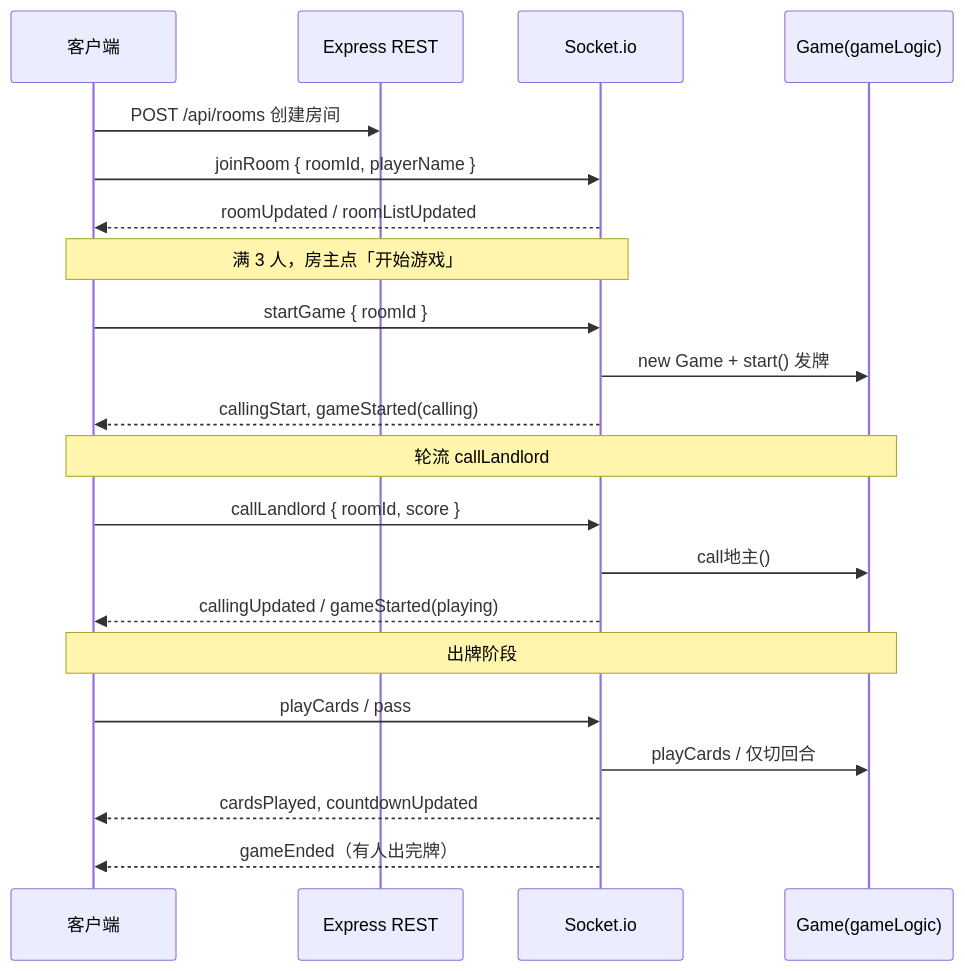
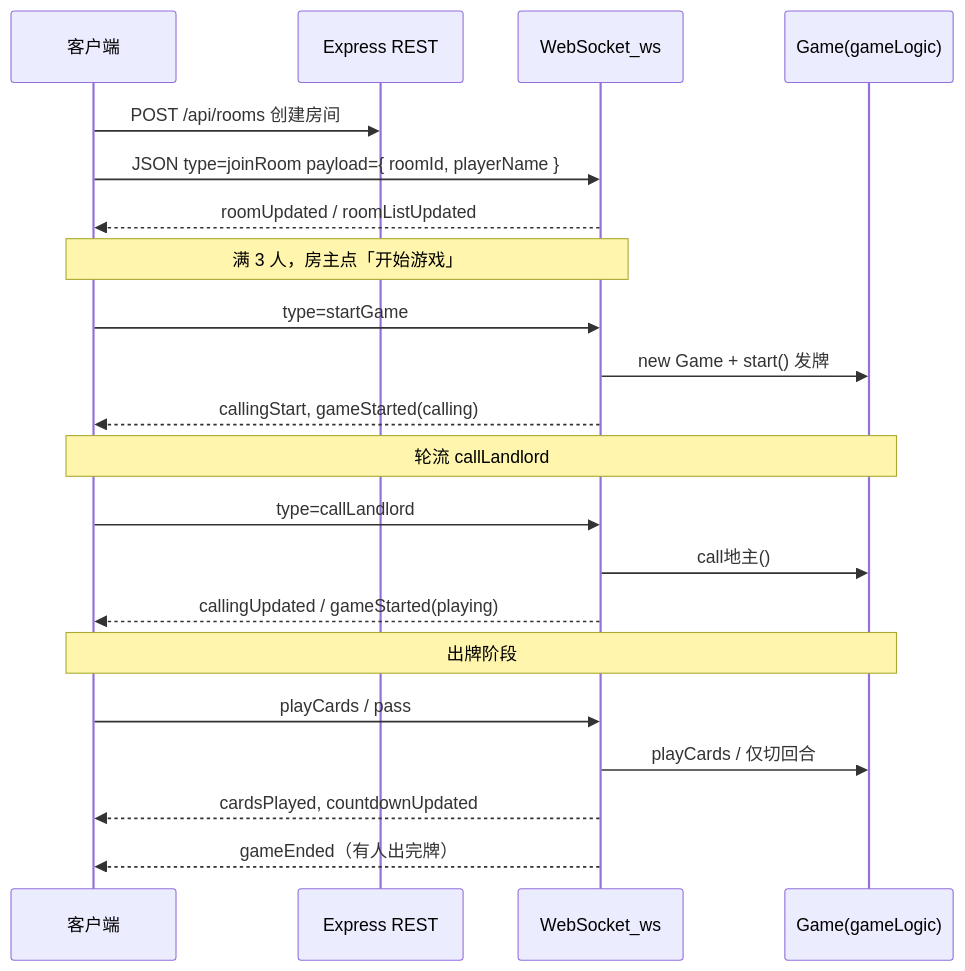
One commit to lijian405/mo-doudizhu-game changed the diagram in doc.md. Above: the diagram before and after it, drawn with Mermaid. The commit also changed other lines of this file and 16 other files, not shown here.

````diff
--- a/doc.md
+++ b/doc.md
@@ -238,24 +238,24 @@
 ```mermaid
 sequenceDiagram
   participant C as 客户端
   participant API as Express REST
-  participant IO as Socket.io
+  participant WSS as WebSocket_ws
   participant G as Game(gameLogic)
 
   C->>API: POST /api/rooms 创建房间
-  C->>IO: joinRoom { roomId, playerName }
-  IO-->>C: roomUpdated / roomListUpdated
-  Note over C,IO: 满 3 人，房主点「开始游戏」
-  C->>IO: startGame { roomId }
-  IO->>G: new Game + start() 发牌
-  IO-->>C: callingStart, gameStarted(calling)
+  C->>WSS: JSON type=joinRoom payload={ roomId, playerName }
+  WSS-->>C: roomUpdated / roomListUpdated
+  Note over C,WSS: 满 3 人，房主点「开始游戏」
+  C->>WSS: type=startGame
+  WSS->>G: new Game + start() 发牌
+  WSS-->>C: callingStart, gameStarted(calling)
   Note over C,G: 轮流 callLandlord
-  C->>IO: callLandlord { roomId, score }
-  IO->>G: call地主()
-  IO-->>C: callingUpdated / gameStarted(playing)
+  C->>WSS: type=callLandlord
+  WSS->>G: call地主()
+  WSS-->>C: callingUpdated / gameStarted(playing)
   Note over C,G: 出牌阶段
-  C->>IO: playCards / pass
-  IO->>G: playCards / 仅切回合
-  IO-->>C: cardsPlayed, countdownUpdated
-  IO-->>C: gameEnded（有人出完牌）
+  C->>WSS: playCards / pass
+  WSS->>G: playCards / 仅切回合
+  WSS-->>C: cardsPlayed, countdownUpdated
+  WSS-->>C: gameEnded（有人出完牌）
 ```
````
